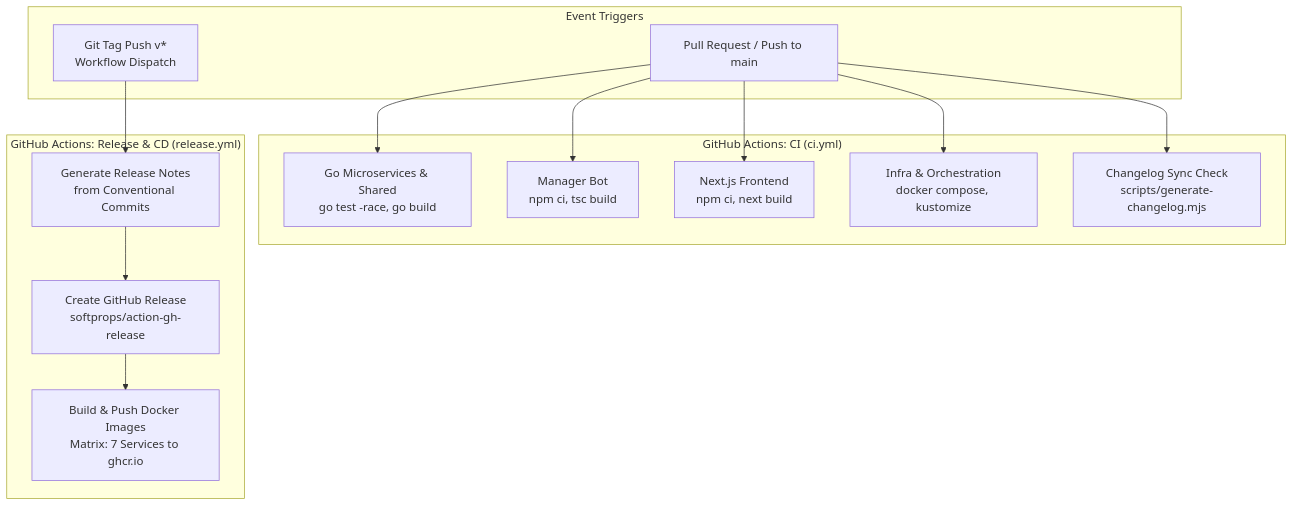
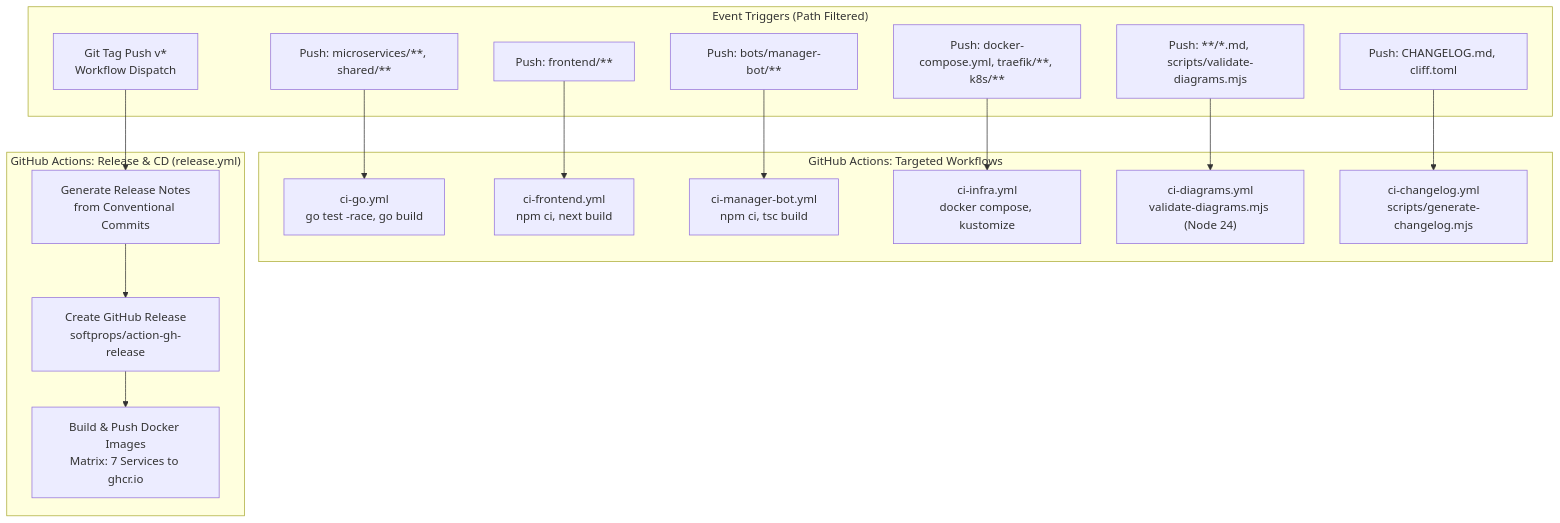
Before and after one commit to Abdo30004/discord-subscriptions: the diagram in docs/CI_CD_AND_CHANGELOG.md, drawn with Mermaid. The commit also changed other lines of this file and 6 other files, not shown here.

First line of the commit message:
ci: modularize workflows with selective path triggers for targeted execution

````diff
--- a/docs/CI_CD_AND_CHANGELOG.md
+++ b/docs/CI_CD_AND_CHANGELOG.md
@@ -9,27 +9,38 @@
 ```mermaid
 flowchart TD
-    subgraph Triggers ["Event Triggers"]
-        PPR["Pull Request / Push to main"]
+    subgraph Triggers ["Event Triggers (Path Filtered)"]
+        PushGo["Push: microservices/**, shared/**"]
+        PushFront["Push: frontend/**"]
+        PushBot["Push: bots/manager-bot/**"]
+        PushInfra["Push: docker-compose.yml, traefik/**, k8s/**"]
+        PushDiag["Push: **/*.md, scripts/validate-diagrams.mjs"]
+        PushChange["Push: CHANGELOG.md, cliff.toml"]
         TagPush["Git Tag Push v*<br/>Workflow Dispatch"]
     end
 
-    subgraph CIWorkflows ["GitHub Actions: CI (ci.yml)"]
-        GoSuite["Go Microservices & Shared<br/>go test -race, go build"]
-        BotSuite["Manager Bot<br/>npm ci, tsc build"]
-        FrontSuite["Next.js Frontend<br/>npm ci, next build"]
-        InfraSuite["Infra & Orchestration<br/>docker compose, kustomize"]
-        ChangelogCheck["Changelog Sync Check<br/>scripts/generate-changelog.mjs"]
+    subgraph CIWorkflows ["GitHub Actions: Targeted Workflows"]
+        GoSuite["ci-go.yml<br/>go test -race, go build"]
+        FrontSuite["ci-frontend.yml<br/>npm ci, next build"]
+        BotSuite["ci-manager-bot.yml<br/>npm ci, tsc build"]
+        InfraSuite["ci-infra.yml<br/>docker compose, kustomize"]
+        DiagSuite["ci-diagrams.yml<br/>validate-diagrams.mjs (Node 24)"]
+        ChangelogCheck["ci-changelog.yml<br/>scripts/generate-changelog.mjs"]
     end
 
     subgraph CDWorkflows ["GitHub Actions: Release & CD (release.yml)"]
         GenNotes["Generate Release Notes<br/>from Conventional Commits"]
         GHRelease["Create GitHub Release<br/>softprops/action-gh-release"]
         GHCR["Build & Push Docker Images<br/>Matrix: 7 Services to ghcr.io"]
     end
 
-    PPR --> GoSuite & BotSuite & FrontSuite & InfraSuite & ChangelogCheck
+    PushGo --> GoSuite
+    PushFront --> FrontSuite
+    PushBot --> BotSuite
+    PushInfra --> InfraSuite
+    PushDiag --> DiagSuite
+    PushChange --> ChangelogCheck
 
     TagPush --> GenNotes
     GenNotes --> GHRelease
     GHRelease --> GHCR
 ```
````
